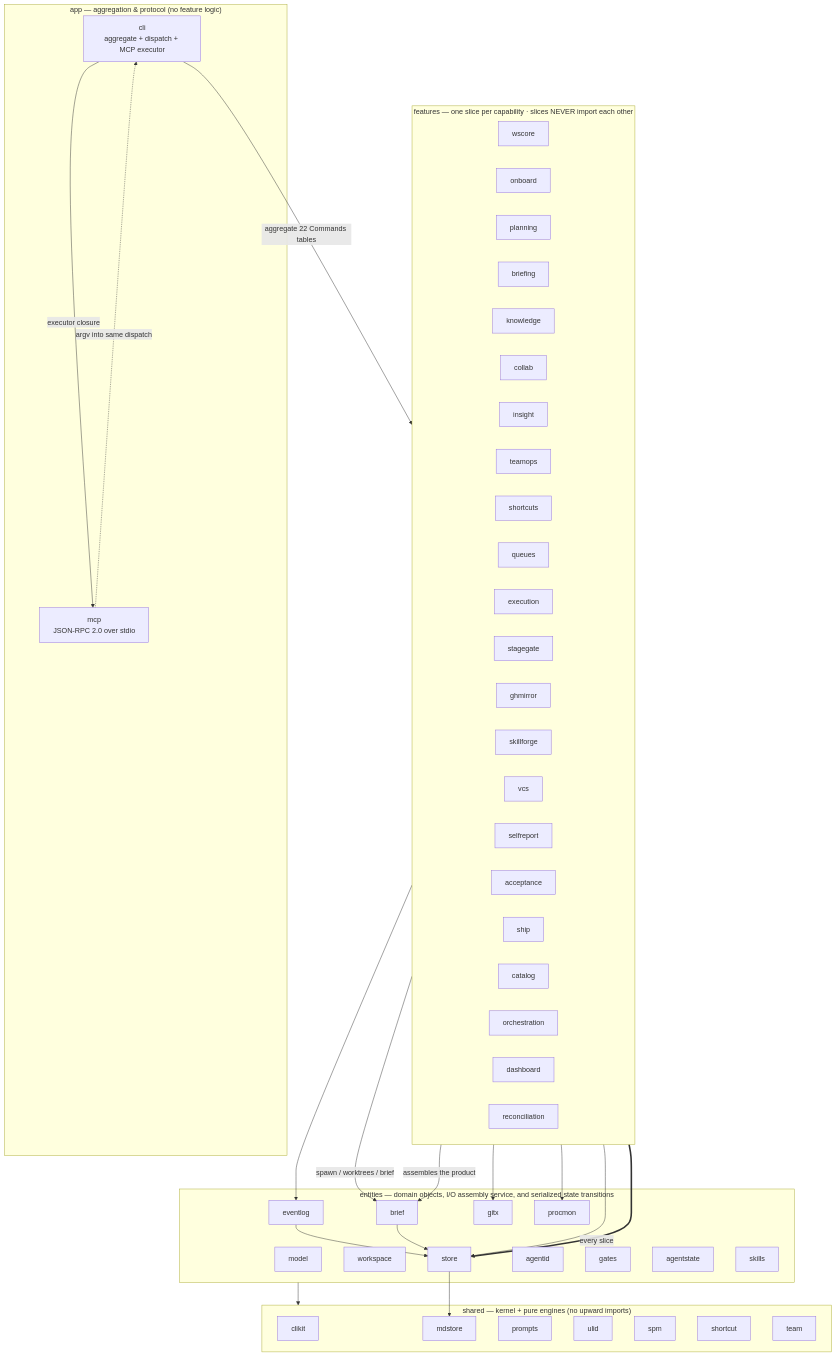
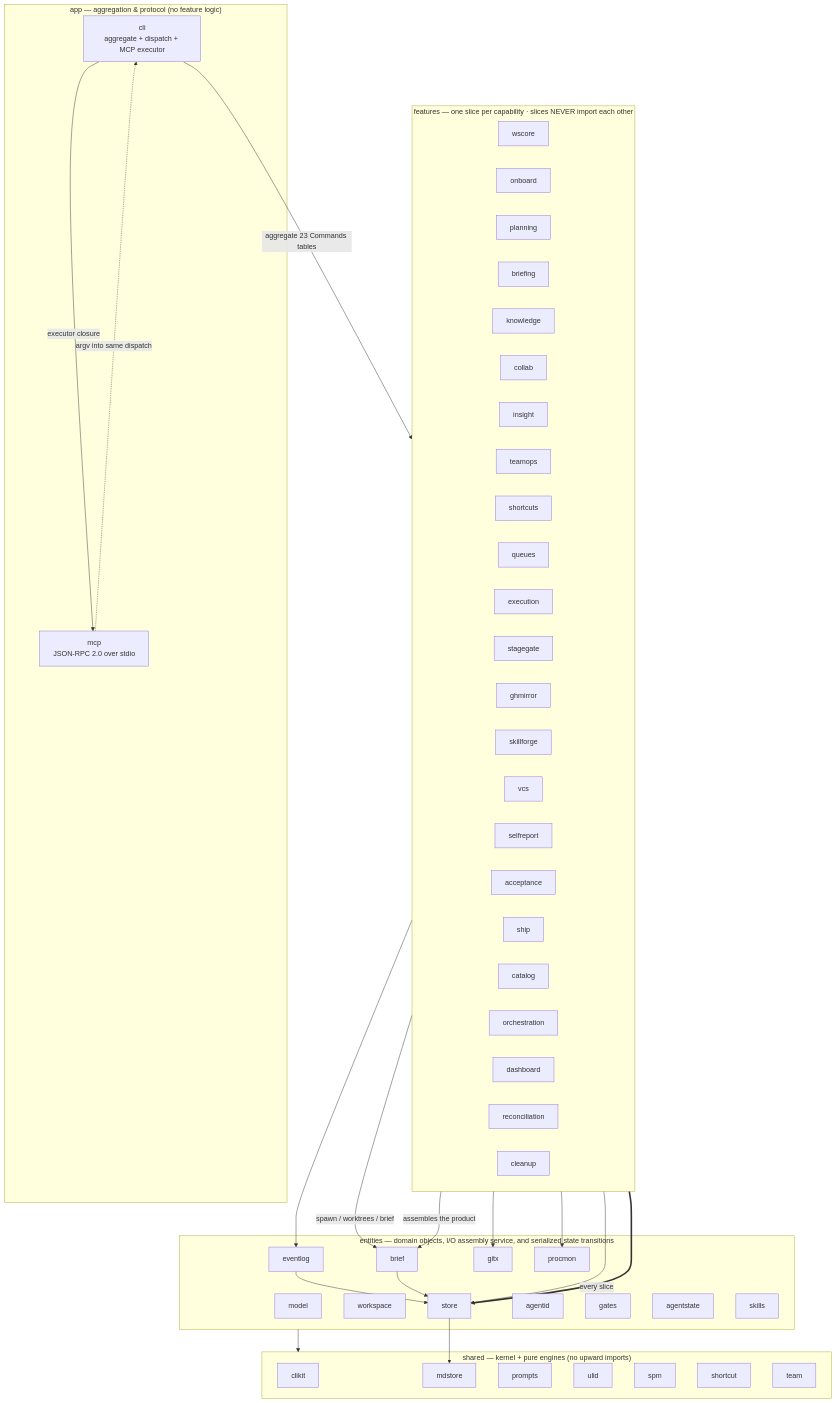
Before and after one commit to mlnomadpy/dacli: the first of 4 diagrams in docs/DIAGRAMS.md, drawn with Mermaid. The commit also changed other lines of this file and 18 other files, not shown here.

````diff
--- a/docs/DIAGRAMS.md
+++ b/docs/DIAGRAMS.md
@@ -15,43 +15,43 @@
 ```mermaid
 graph TD
     subgraph APP["app — aggregation &amp; protocol (no feature logic)"]
         cli["cli<br/>aggregate + dispatch + MCP executor"]
         mcp["mcp<br/>JSON-RPC 2.0 over stdio"]
     end
 
     subgraph FEAT["features — one slice per capability · slices NEVER import each other"]
         direction LR
         wscore & onboard & planning & briefing & knowledge
         collab & insight & teamops & shortcuts & queues
         execution & stagegate & ghmirror & skillforge & vcs
         selfreport & acceptance & ship & catalog & orchestration & dashboard
-        reconciliation
+		reconciliation & cleanup
     end
 
     subgraph ENT["entities — domain objects, I/O assembly service, and serialized state transitions"]
         model & workspace & store & eventlog & agentid & brief
         gates & gitx & procmon & agentstate & skills
     end
 
     subgraph SHARED["shared — kernel + pure engines (no upward imports)"]
         clikit & mdstore & prompts & ulid
         spm & shortcut & team
     end
 
-    cli -->|aggregate 22 Commands tables| FEAT
+    cli -->|aggregate 23 Commands tables| FEAT
     cli -->|executor closure| mcp
     mcp -.->|argv into same dispatch| cli
 
     execution -->|spawn / worktrees / brief| brief
     execution --> gitx
     execution --> procmon
     briefing -->|assembles the product| brief
     planning --> store
     planning --> eventlog
     FEAT ==>|every slice| store
 
     store --> mdstore
     eventlog --> store
     brief --> store
     ENT --> SHARED
 ```
````
